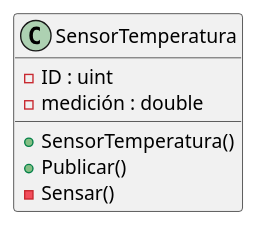
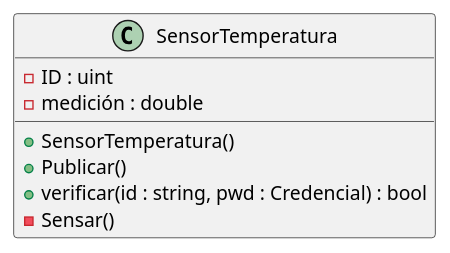
One commit to diegosanchez/invap-modulo-uml changed the diagram in diagramas/clases/clase_sensor_temperatura.plantuml. Above: the diagram before and after it, drawn with PlantUML. The commit also changed 15 other files, not shown here.

Commit message:
Diagrama de secuencia:     - Actor     - Alt     - Loop     - Polimorfísmo

```diff
--- a/diagramas/clases/clase_sensor_temperatura.plantuml
+++ b/diagramas/clases/clase_sensor_temperatura.plantuml
@@ -1,16 +1,17 @@
 @startuml
 
 /'
  ' skinparam classAttributeIconSize 0
  '/
 
 class SensorTemperatura {
         - ID : uint
         - medición : double
 
         + SensorTemperatura()
         + Publicar()
+        + verificar(id : string, pwd : Credencial) : bool
         - Sensar()
 }
 
 @enduml
```
